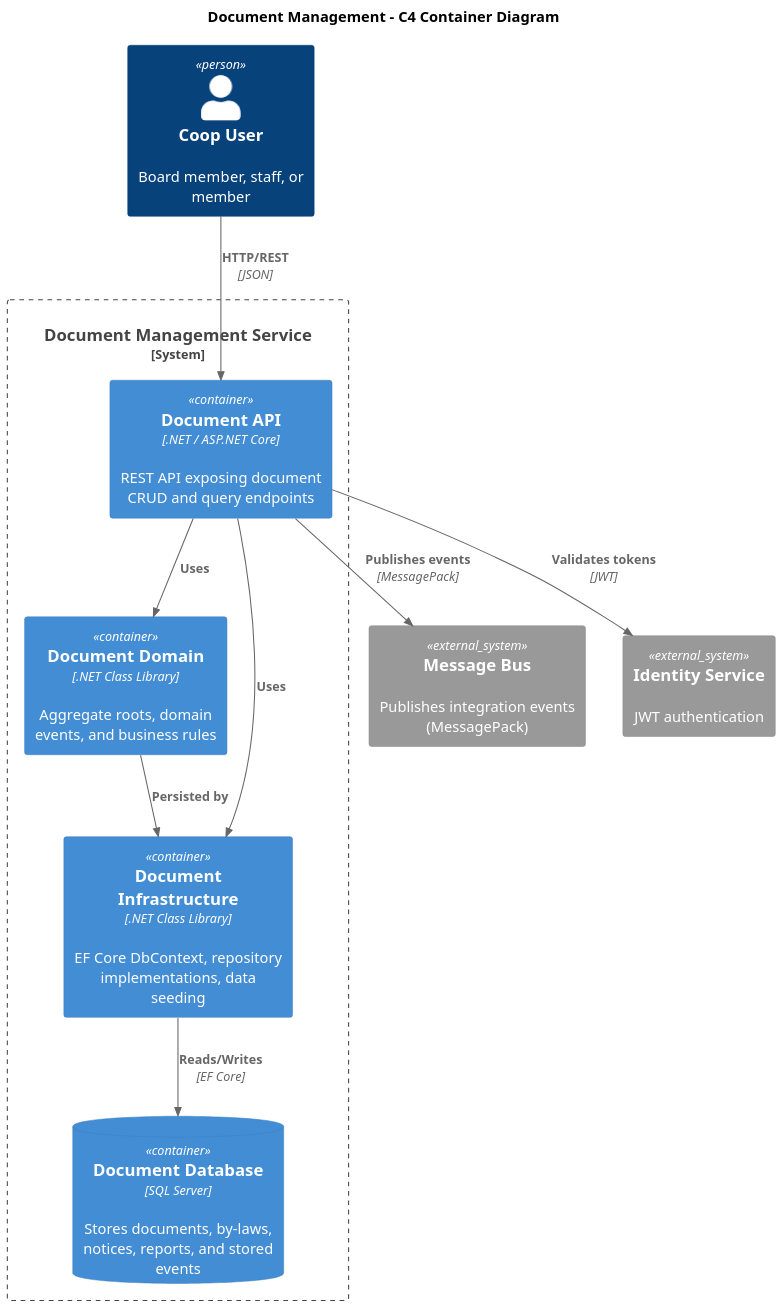
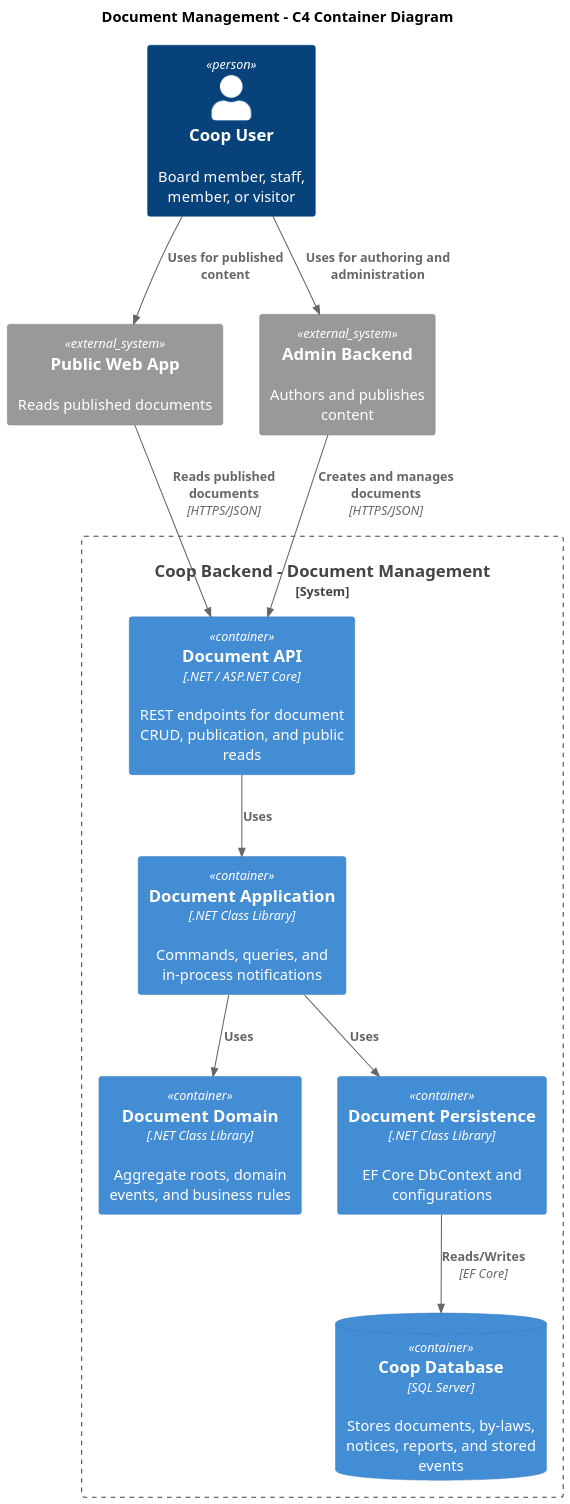
One commit to QuinntyneBrown/Coop changed the diagram in docs/detailed-designs/06-document-management/c4-container.puml. Above: the diagram before and after it, drawn with PlantUML. The commit also changed 4 other files, not shown here.

Commit message:
Update C4 diagrams for document, digital asset, and theme modules

```diff
--- a/docs/detailed-designs/06-document-management/c4-container.puml
+++ b/docs/detailed-designs/06-document-management/c4-container.puml
@@ -1,29 +1,31 @@
 @startuml
 !include https://raw.githubusercontent.com/plantuml-stdlib/C4-PlantUML/master/C4_Container.puml
 
 skinparam dpi 150
 skinparam pageMargin 10
 
 title Document Management - C4 Container Diagram
 
-Person(user, "Coop User", "Board member, staff, or member")
+Person(user, "Coop User", "Board member, staff, member, or visitor")
 
-System_Boundary(docBoundary, "Document Management Service") {
-  Container(api, "Document API", ".NET / ASP.NET Core", "REST API exposing document CRUD and query endpoints")
+System_Boundary(docBoundary, "Coop Backend - Document Management") {
+  Container(api, "Document API", ".NET / ASP.NET Core", "REST endpoints for document CRUD, publication, and public reads")
+  Container(app, "Document Application", ".NET Class Library", "Commands, queries, and in-process notifications")
   Container(domain, "Document Domain", ".NET Class Library", "Aggregate roots, domain events, and business rules")
-  Container(infra, "Document Infrastructure", ".NET Class Library", "EF Core DbContext, repository implementations, data seeding")
-  ContainerDb(db, "Document Database", "SQL Server", "Stores documents, by-laws, notices, reports, and stored events")
+  Container(infra, "Document Persistence", ".NET Class Library", "EF Core DbContext and configurations")
+  ContainerDb(db, "Coop Database", "SQL Server", "Stores documents, by-laws, notices, reports, and stored events")
 }
 
-System_Ext(messageBus, "Message Bus", "Publishes integration events (MessagePack)")
-System_Ext(identitySvc, "Identity Service", "JWT authentication")
+System_Ext(publicApp, "Public Web App", "Reads published documents")
+System_Ext(adminApp, "Admin Backend", "Authors and publishes content")
 
-Rel(user, api, "HTTP/REST", "JSON")
-Rel(api, domain, "Uses")
-Rel(api, infra, "Uses")
-Rel(domain, infra, "Persisted by")
+Rel(user, publicApp, "Uses for published content")
+Rel(user, adminApp, "Uses for authoring and administration")
+Rel(publicApp, api, "Reads published documents", "HTTPS/JSON")
+Rel(adminApp, api, "Creates and manages documents", "HTTPS/JSON")
+Rel(api, app, "Uses")
+Rel(app, domain, "Uses")
+Rel(app, infra, "Uses")
 Rel(infra, db, "Reads/Writes", "EF Core")
-Rel(api, messageBus, "Publishes events", "MessagePack")
-Rel(api, identitySvc, "Validates tokens", "JWT")
 
 @enduml
```
